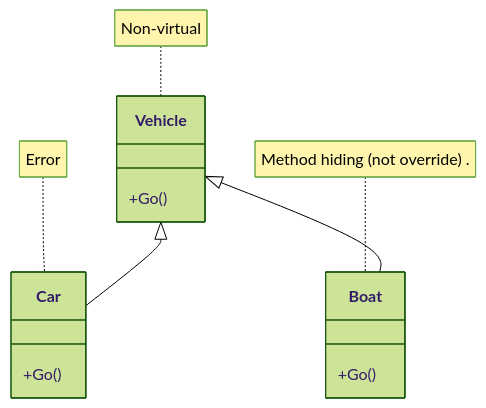
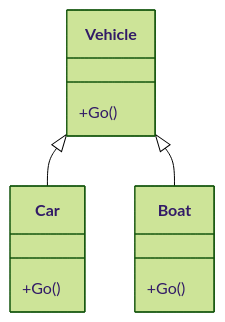
Before and after one commit to bathcat/bathcat-home: the diagram in src/content/decks/c-sharp/035-oo-fanciness.mdx, drawn with Mermaid (forest theme). The commit also changed other lines of this file and 1 other file, not shown here.

````diff
--- a/src/content/decks/c-sharp/035-oo-fanciness.mdx
+++ b/src/content/decks/c-sharp/035-oo-fanciness.mdx
@@ -223,18 +223,16 @@
 ```mermaid
 classDiagram
     class Vehicle {
         +Go() 
     }
     class Car {
         +Go() 
     }
     class Boat {
         +Go()  
     }
     Vehicle <|-- Car
     Vehicle <|-- Boat
     
-    note for Vehicle "Non-virtual"
-    note for Car "Error"
-    note for Boat "Method hiding (not override)      . "
+
 ```
````
